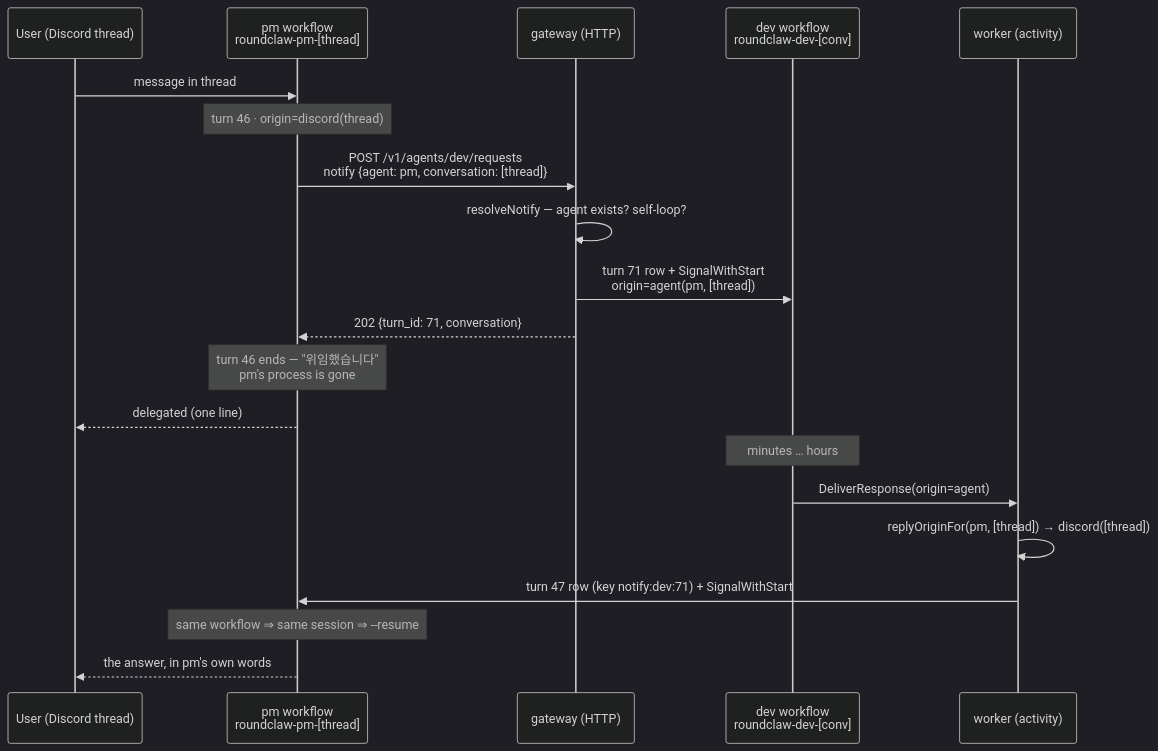
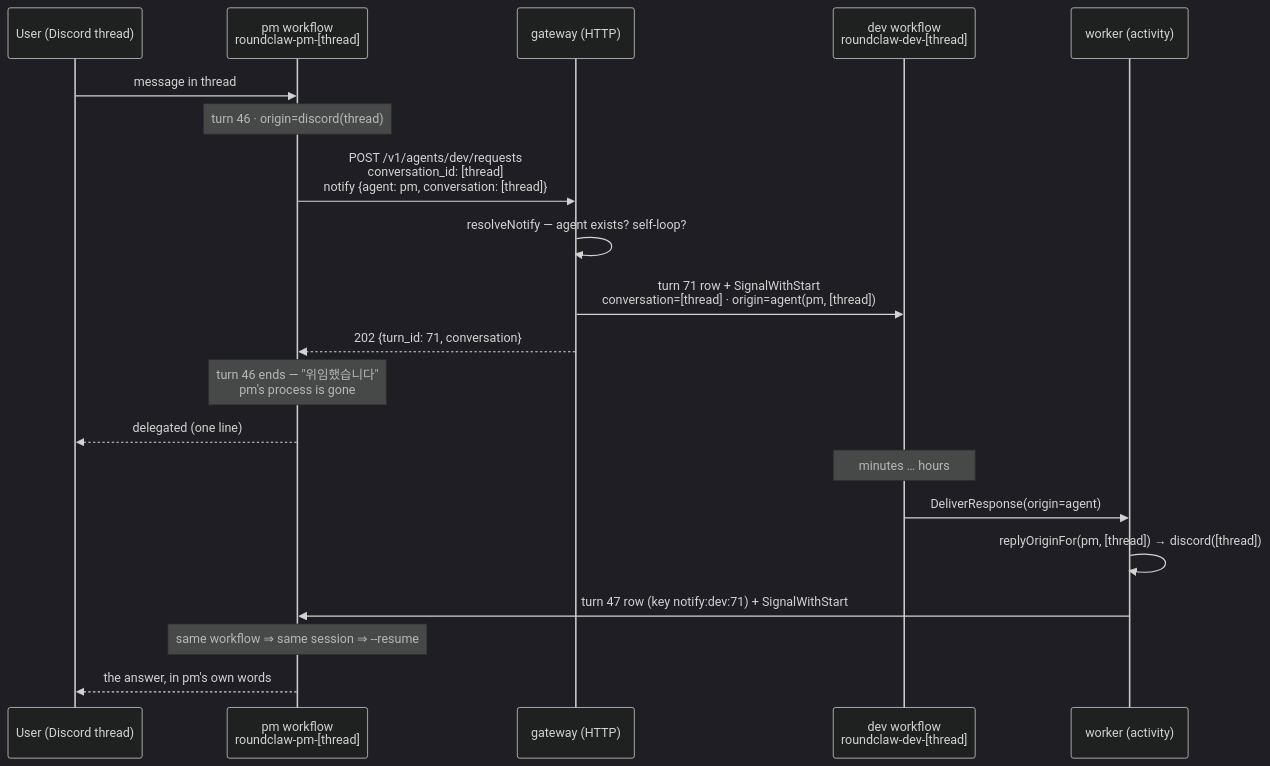
Before and after one commit to RRoundTable/roundclaw: the first of 2 diagrams in docs/architecture/delegation.md, drawn with Mermaid (dark theme). The commit also changed other lines of this file and 1 other file, not shown here.

First line of the commit message:
Say which conversation delegated work runs in

````diff
--- a/docs/architecture/delegation.md
+++ b/docs/architecture/delegation.md
@@ -44,24 +44,24 @@
 ```mermaid
 sequenceDiagram
     participant U as User (Discord thread)
     participant PM as pm workflow<br/>roundclaw-pm-[thread]
     participant GW as gateway (HTTP)
-    participant DEV as dev workflow<br/>roundclaw-dev-[conv]
+    participant DEV as dev workflow<br/>roundclaw-dev-[thread]
     participant W as worker (activity)
 
     U->>PM: message in thread
     Note over PM: turn 46 · origin=discord(thread)
-    PM->>GW: POST /v1/agents/dev/requests<br/>notify {agent: pm, conversation: [thread]}
+    PM->>GW: POST /v1/agents/dev/requests<br/>conversation_id: [thread]<br/>notify {agent: pm, conversation: [thread]}
     GW->>GW: resolveNotify — agent exists? self-loop?
-    GW->>DEV: turn 71 row + SignalWithStart<br/>origin=agent(pm, [thread])
+    GW->>DEV: turn 71 row + SignalWithStart<br/>conversation=[thread] · origin=agent(pm, [thread])
     GW-->>PM: 202 {turn_id: 71, conversation}
     Note over PM: turn 46 ends — "위임했습니다"<br/>pm's process is gone
     PM-->>U: delegated (one line)
 
     Note over DEV: minutes … hours
     DEV->>W: DeliverResponse(origin=agent)
     W->>W: replyOriginFor(pm, [thread]) → discord([thread])
     W->>PM: turn 47 row (key notify:dev:71) + SignalWithStart
     Note over PM: same workflow ⇒ same session ⇒ --resume
     PM-->>U: the answer, in pm's own words
 ```
````
